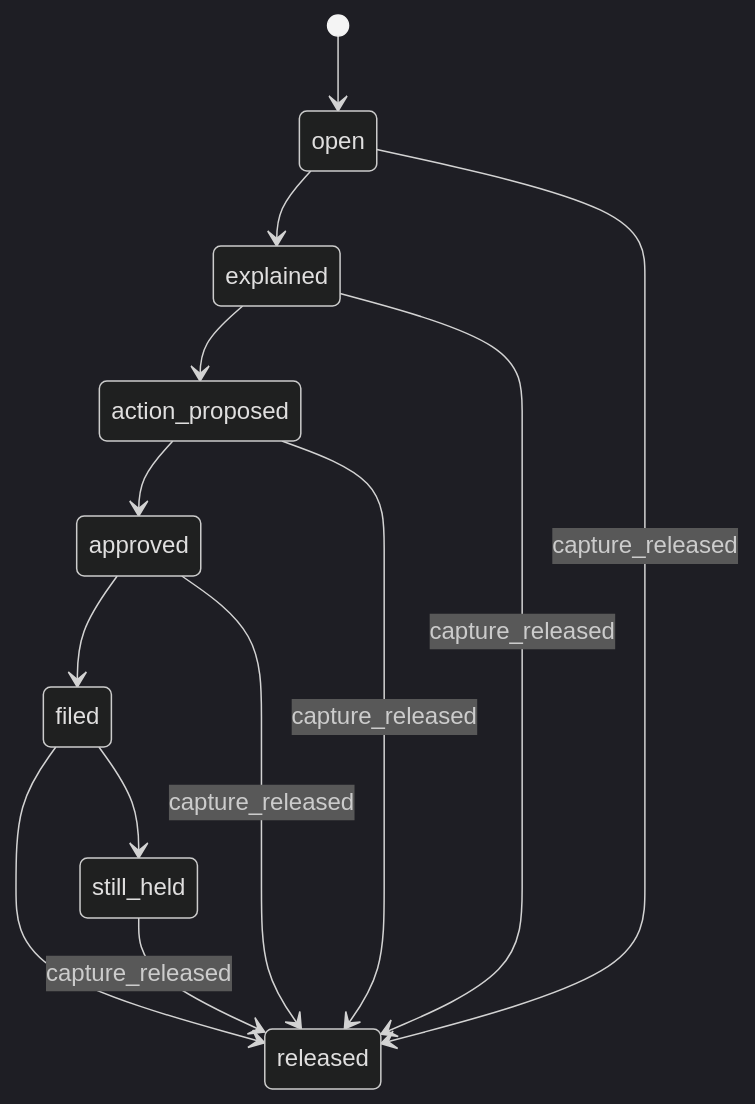
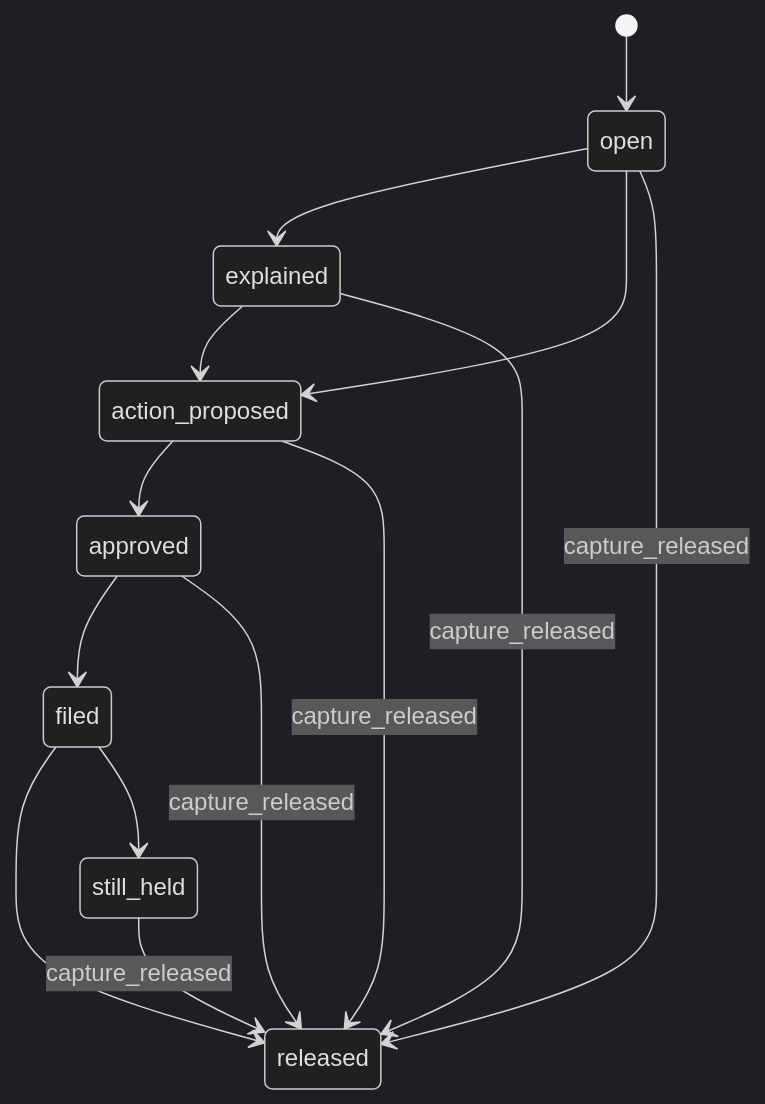
Before and after one commit to thopatevijay/cleared: the third of 7 diagrams in docs/architecture.md, drawn with Mermaid (dark theme). The commit also changed 14 other files, not shown here.

````diff
--- a/docs/architecture.md
+++ b/docs/architecture.md
@@ -87,15 +87,16 @@
 ```mermaid
 stateDiagram-v2
   [*] --> open
   open --> explained
+  open --> action_proposed
   explained --> action_proposed
   action_proposed --> approved
   approved --> filed
   filed --> released
   filed --> still_held
   open --> released: capture_released
   explained --> released: capture_released
   action_proposed --> released: capture_released
   approved --> released: capture_released
   still_held --> released: capture_released
 ```
````
